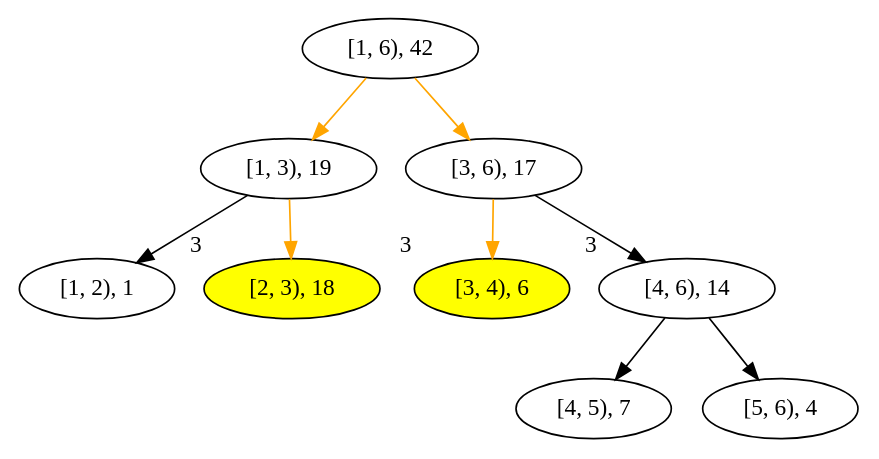
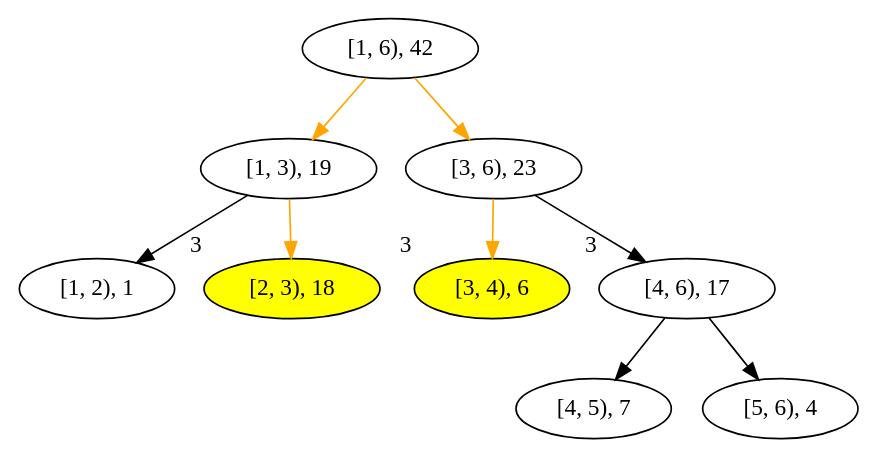
One commit to nckuacm/material changed the seventh of 7 diagrams in 2020_Week_9_Data_Structures.md. Above: the diagram before and after it, drawn with Graphviz. The commit also changed other lines of this file, not shown here.

````diff
--- a/2020_Week_9_Data_Structures.md
+++ b/2020_Week_9_Data_Structures.md
@@ -383,26 +413,26 @@
 ```graphviz
 digraph {
 edge[color=orange]
   1 -> 2;
   1 -> 3;
 edge[color=black]
   2 -> 4;
 edge[color=orange]
   2 -> 5;
   3 -> 6;
 edge[color=black]
   3 -> 7;
   7 -> 8;
   7 -> 9;
   
   1[label="[1, 6), 42"]
   2[label="[1, 3), 19"]
-  3[label="[3, 6), 17"]
+  3[label="[3, 6), 23"]
   4[label="[1, 2), 1"]
   5[label="[2, 3), 18", xlabel="3", style="filled", fillcolor=yellow]
   6[label="[3, 4), 6", xlabel="3", style="filled", fillcolor=yellow]
-  7[label="[4, 6), 14", xlabel="3"]
+  7[label="[4, 6), 17", xlabel="3"]
   8[label="[4, 5), 7"]
   9[label="[5, 6), 4"]
 }
 ```
````
